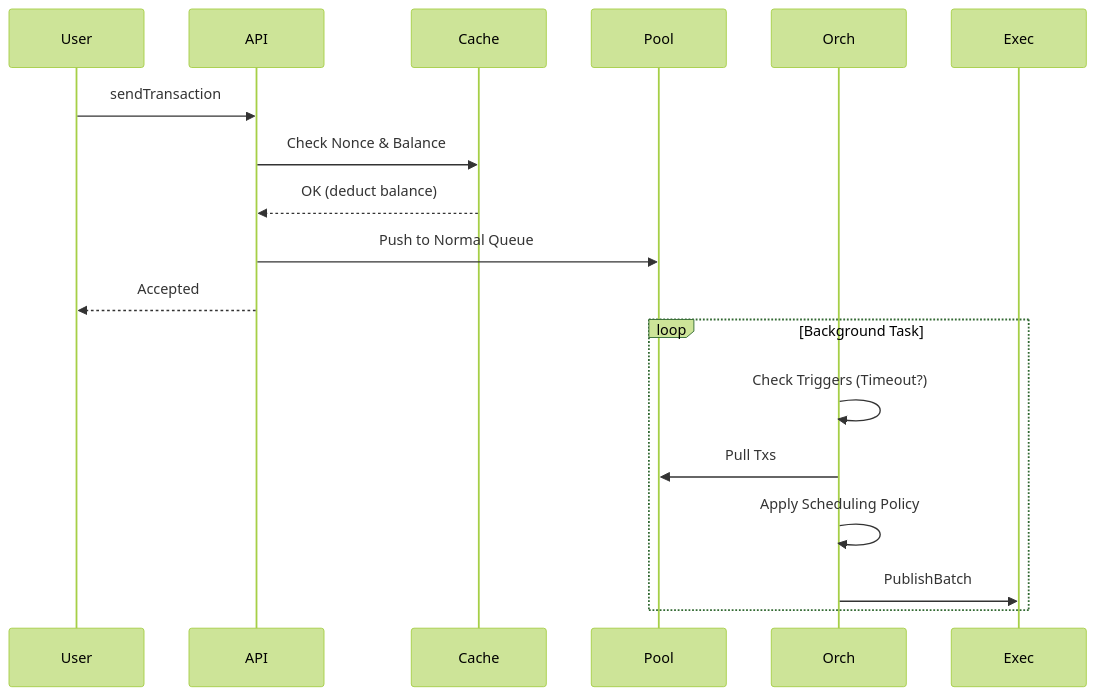
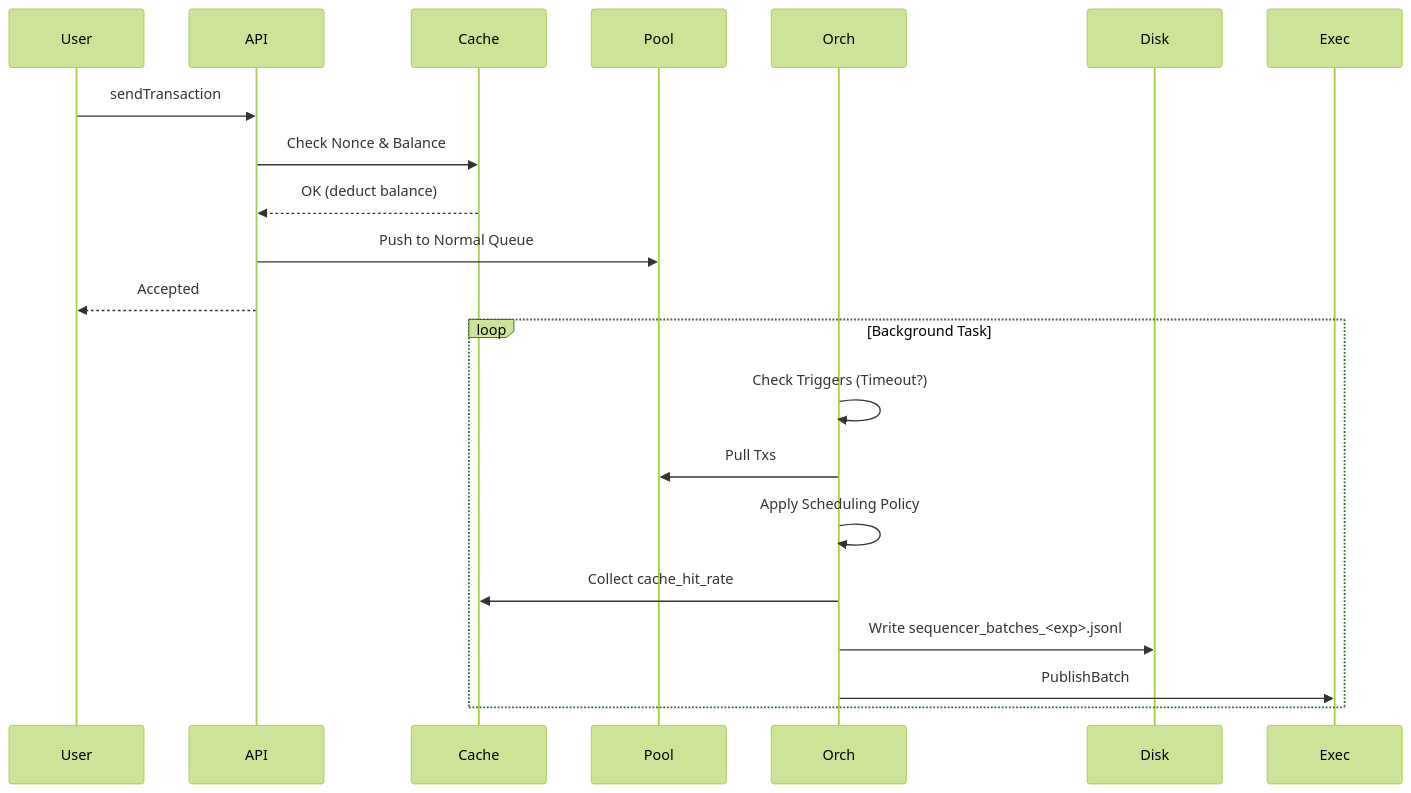
One commit to RollupX-FYP/rollupx-full-zk-rollup changed the third of 3 diagrams in docs/sequencer.md. Above: the diagram before and after it, drawn with Mermaid (forest theme). The commit also changed other lines of this file and 2 other files, not shown here.

Commit message:
documentation and sequencer setup guide

````diff
--- a/docs/sequencer.md
+++ b/docs/sequencer.md
@@ -43,22 +43,25 @@
 ```mermaid
 sequenceDiagram
     participant User
     participant API
     participant Cache
     participant Pool
     participant Orch
+    participant Disk
     participant Exec
 
     User->>API: sendTransaction
     API->>Cache: Check Nonce & Balance
     Cache-->>API: OK (deduct balance)
     API->>Pool: Push to Normal Queue
     API-->>User: Accepted
 
     loop Background Task
         Orch->>Orch: Check Triggers (Timeout?)
         Orch->>Pool: Pull Txs
         Orch->>Orch: Apply Scheduling Policy
+        Orch->>Cache: Collect cache_hit_rate
+        Orch->>Disk: Write sequencer_batches_<exp>.jsonl
         Orch->>Exec: PublishBatch
     end
 ```
````
